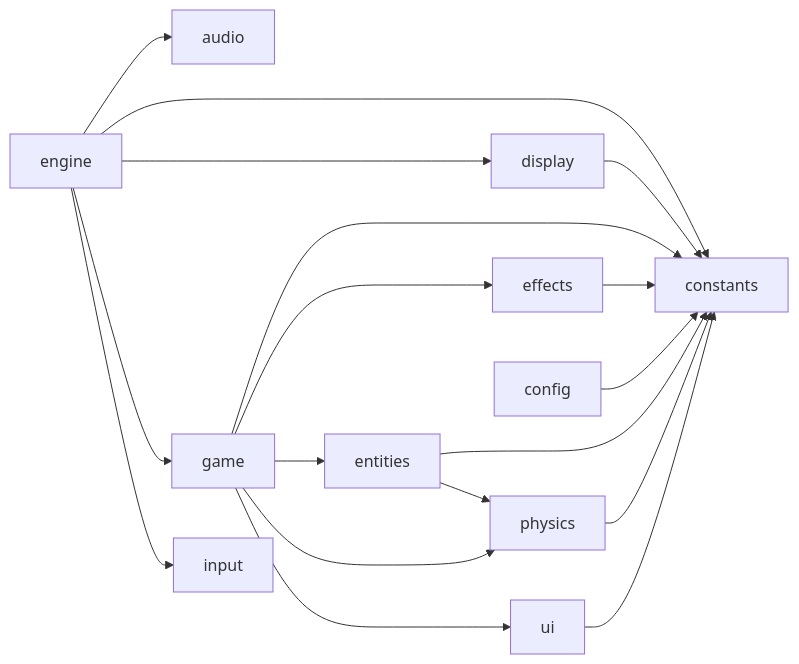
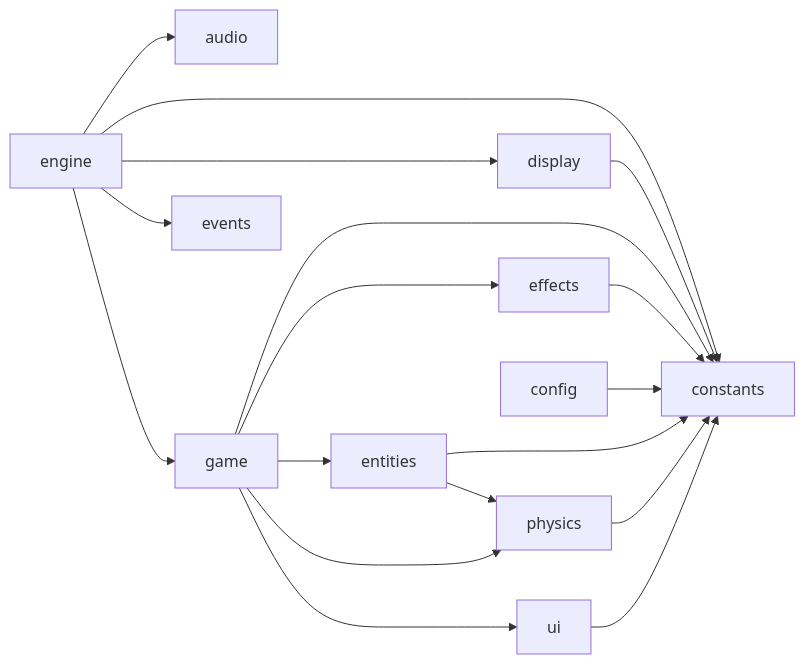
Before and after one commit to EthanAbner/TAC-III-Pinball: the diagram in docs/packages_game.mmd, drawn with Mermaid. The commit also changed 6 other files, not shown here.

First line of the commit message:
Regenerar diagramas de pacotes e classes

```diff
--- a/docs/packages_game.mmd
+++ b/docs/packages_game.mmd
@@ -1,18 +1,18 @@
 flowchart LR
+  engine --> audio
+  engine --> constants
+  engine --> display
+  engine --> events
+  engine --> game
   display --> constants
   game --> constants
   game --> effects
   game --> entities
   game --> physics
   game --> ui
-  engine --> audio
-  engine --> constants
-  engine --> display
-  engine --> game
-  engine --> input
-  effects --> constants
-  ui --> constants
-  physics --> constants
-  config --> constants
   entities --> constants
   entities --> physics
+  ui --> constants
+  effects --> constants
+  config --> constants
+  physics --> constants
```
